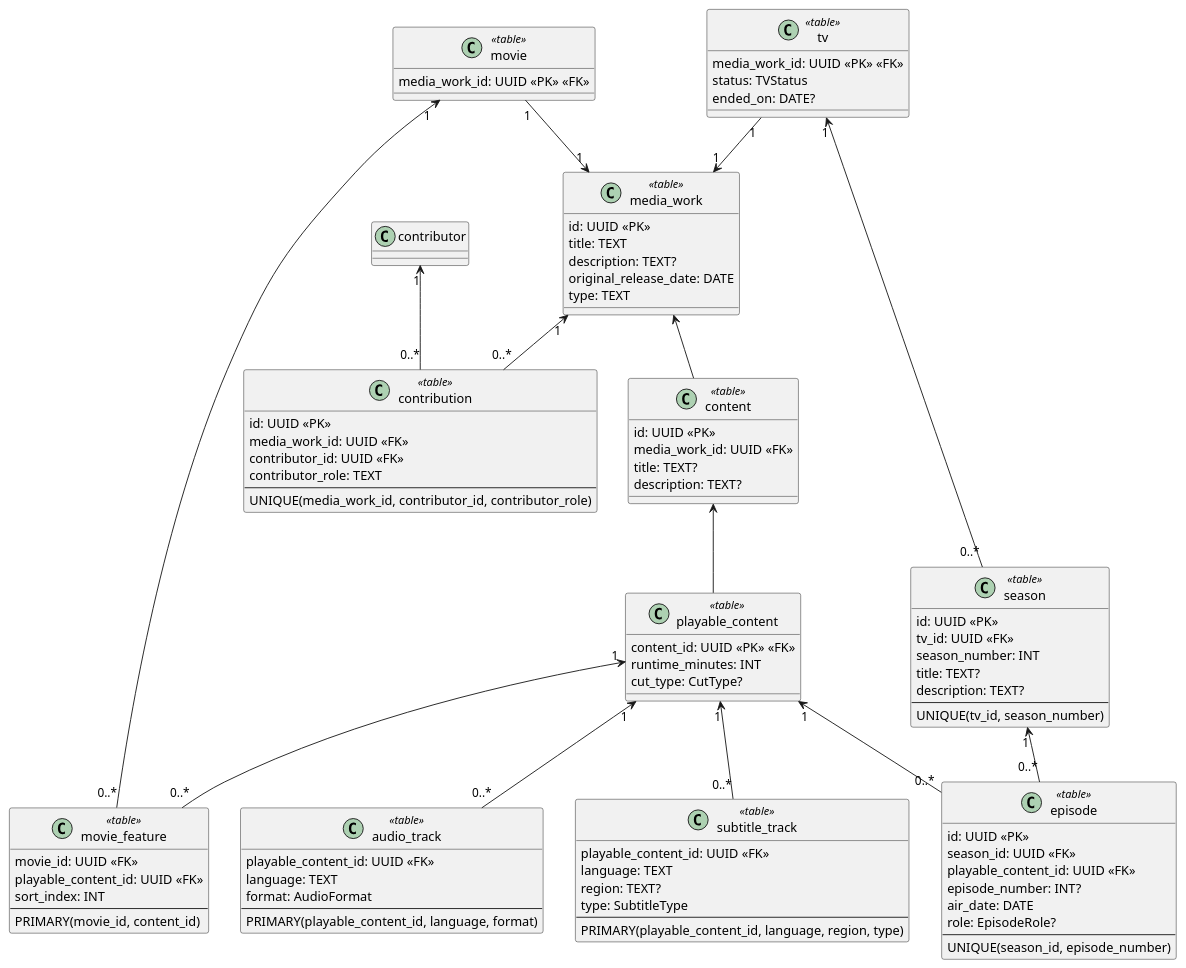
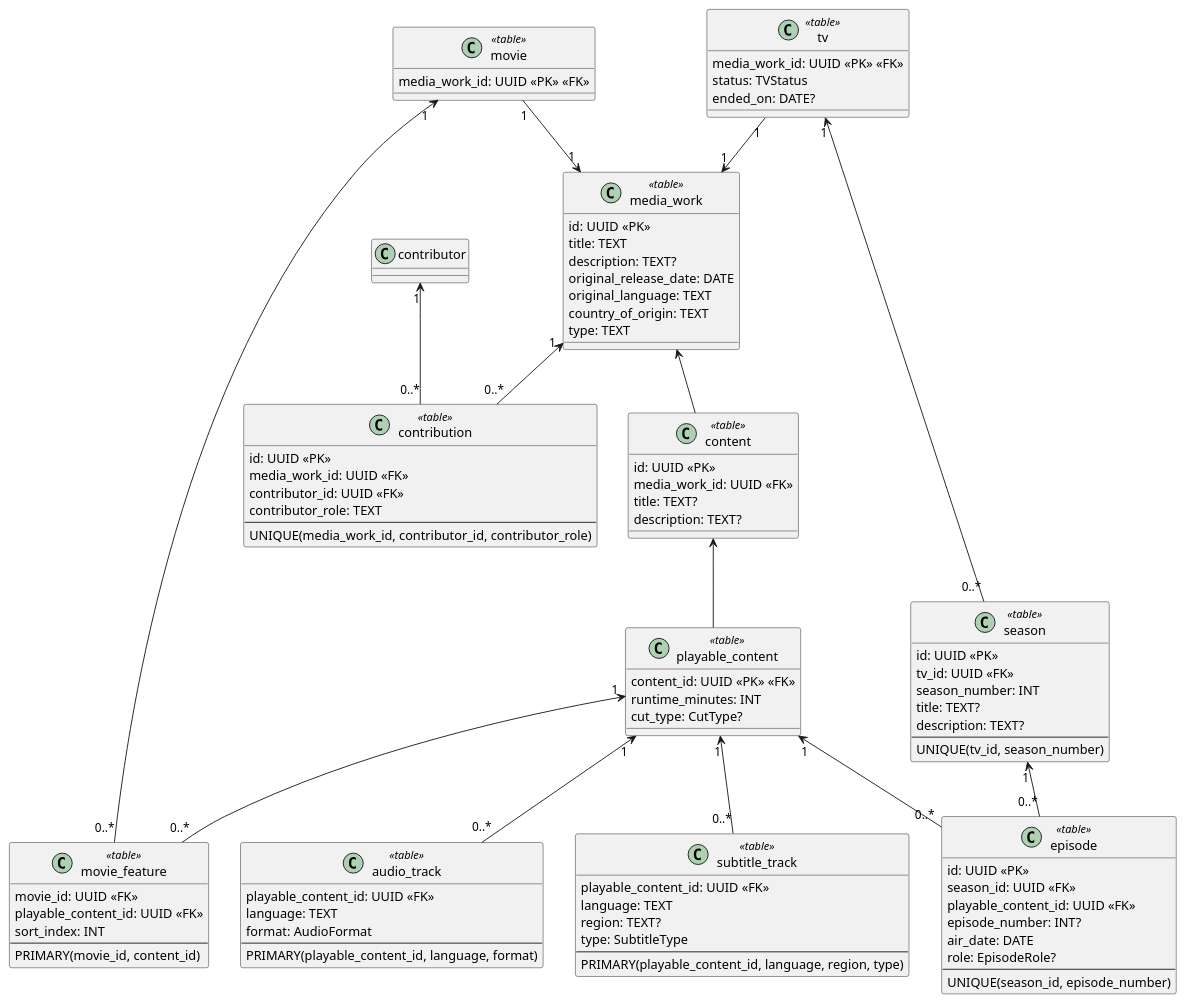
One commit to yantue/colleq changed the diagram in docs/uml/data/media_work.data.puml. Above: the diagram before and after it, drawn with PlantUML. The commit also changed 1 other file, not shown here.

Commit message:
docs: Add some more origin metadata to mediawork

```diff
--- a/docs/uml/data/media_work.data.puml
+++ b/docs/uml/data/media_work.data.puml
@@ -1,120 +1,122 @@
 @startuml
 skinparam classAttributeIconSize 0
 
 ' ===== CORE =====
 class media_work <<table>> {
     id: UUID <<PK>>
     title: TEXT
     description: TEXT?
     original_release_date: DATE
+    original_language: TEXT
+    country_of_origin: TEXT
     type: TEXT
 }
 
 ' ===== CONTRIBUTIONS =====
 class contribution <<table>> {
     id: UUID <<PK>>
     media_work_id: UUID <<FK>>
     contributor_id: UUID <<FK>>
     contributor_role: TEXT
     --
     UNIQUE(media_work_id, contributor_id, contributor_role)
 }
 
 media_work "1" <-- "0..*" contribution
 
 ' ===== CONTENT =====
 class content <<table>> {
     id: UUID <<PK>>
     media_work_id: UUID <<FK>>
     title: TEXT?
     description: TEXT?
 }
 
 media_work <-- content
 
 class playable_content <<table>> {
     content_id: UUID <<PK>> <<FK>>
     runtime_minutes: INT
     cut_type: CutType?
 }
 
 content <-- playable_content
 
 class audio_track <<table>> {
     playable_content_id: UUID <<FK>>
     language: TEXT
     format: AudioFormat
     --
     PRIMARY(playable_content_id, language, format)
 }
 
 playable_content "1" <-- "0..*" audio_track
 
 class subtitle_track <<table>> {
     playable_content_id: UUID <<FK>>
     language: TEXT
     region: TEXT?
     type: SubtitleType
     --
     PRIMARY(playable_content_id, language, region, type)
 }
 
 playable_content "1" <-- "0..*" subtitle_track
 
 ' ===== MOVIE =====
 class movie <<table>> {
     media_work_id: UUID <<PK>> <<FK>>
 }
 
 movie "1" --> "1" media_work
 
 class movie_feature <<table>> {
      movie_id: UUID <<FK>>
      playable_content_id: UUID <<FK>>
      sort_index: INT
      --
      PRIMARY(movie_id, content_id)
 }
 
 movie "1" <-- "0..*" movie_feature
 playable_content "1" <-- "0..*" movie_feature
 
 ' ===== TV =====
 class tv <<table>> {
     media_work_id: UUID <<PK>> <<FK>>
     status: TVStatus
     ended_on: DATE?
 }
 
 tv "1" --> "1" media_work
 
 class season <<table>> {
     id: UUID <<PK>>
     tv_id: UUID <<FK>>
     season_number: INT
     title: TEXT?
     description: TEXT?
     --
     UNIQUE(tv_id, season_number)
 }
 
 tv "1" <-- "0..*" season
 
 class episode <<table>> {
     id: UUID <<PK>>
     season_id: UUID <<FK>>
     playable_content_id: UUID <<FK>>
     episode_number: INT?
     air_date: DATE
     role: EpisodeRole?
     --
     UNIQUE(season_id, episode_number)
 }
 
 season "1" <-- "0..*" episode
 playable_content "1" <-- "0..*" episode
 
 ' ===== CROSS-AGGREGATE REFERENCE =====
 contributor "1" <-- "0..*" contribution
 
 @enduml
```
